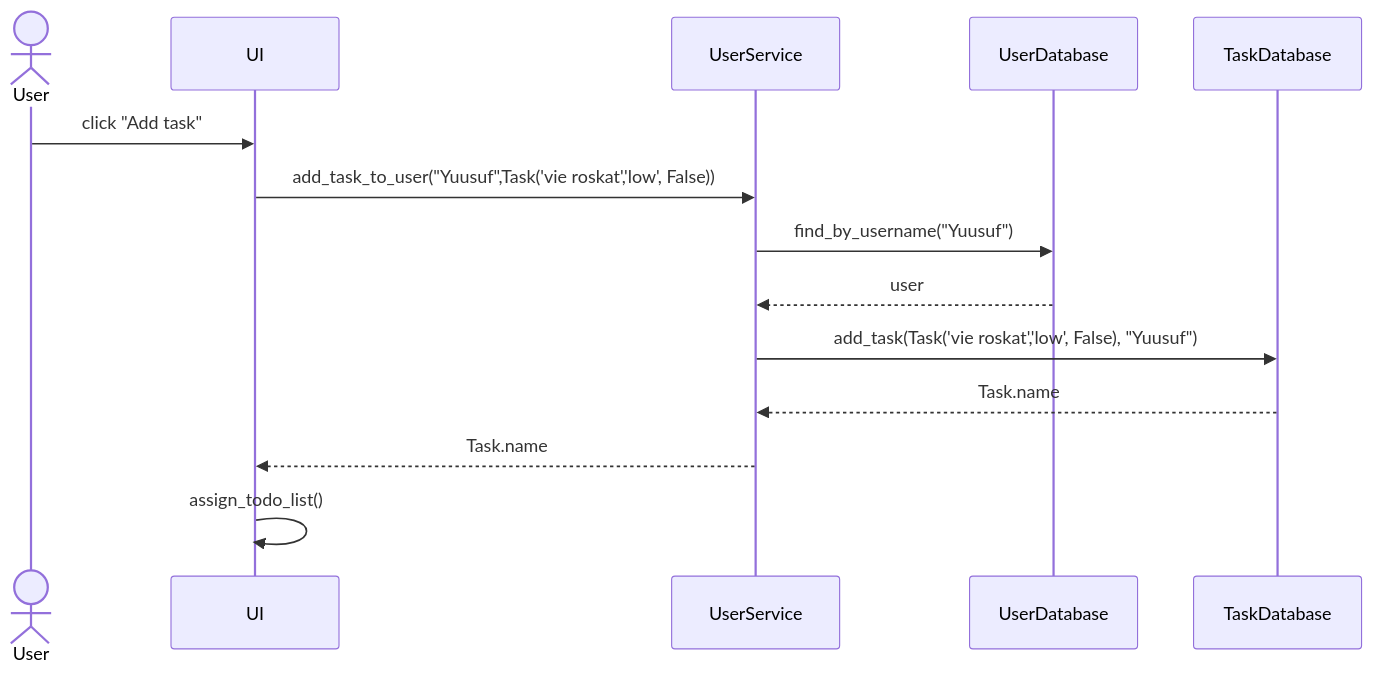
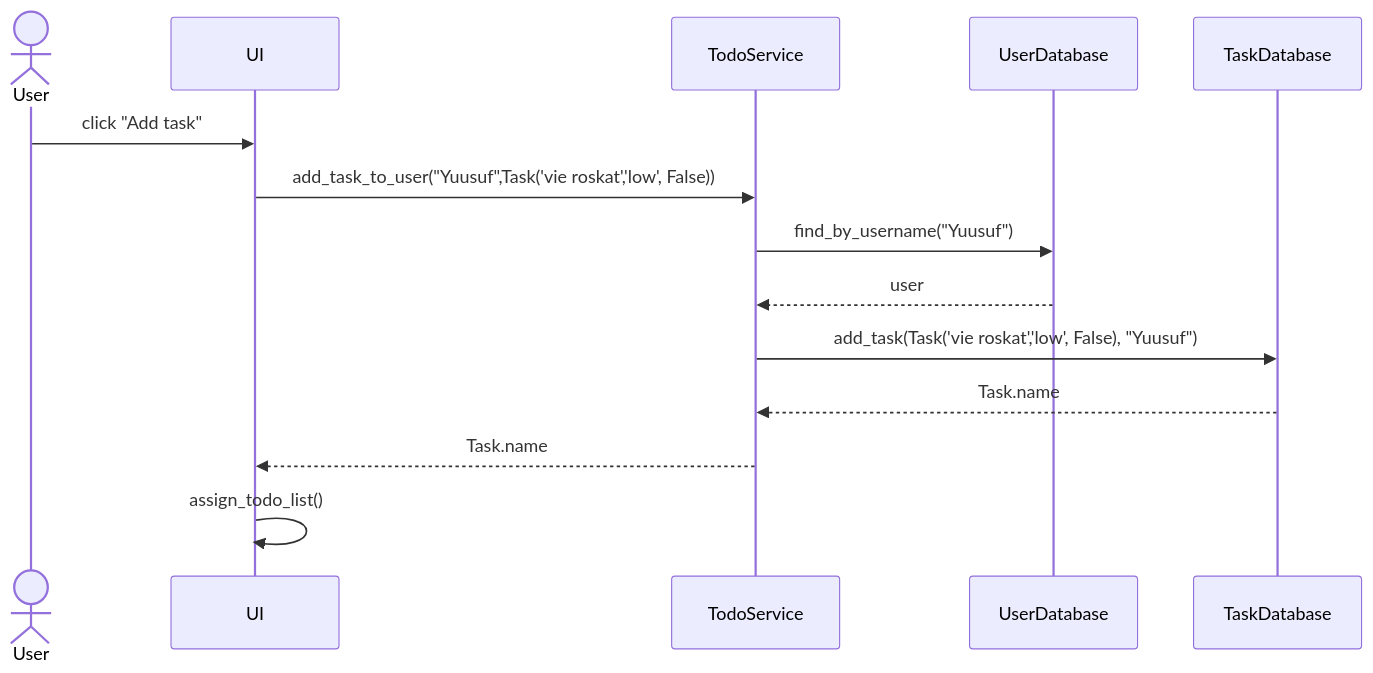
Before and after one commit to Yusuboy/TODO-APP: the fourth of 4 diagrams in dokumentaatio/arkkitehtuuri.md, drawn with Mermaid. The commit also changed other lines of this file and 23 other files, not shown here.

````diff
--- a/dokumentaatio/arkkitehtuuri.md
+++ b/dokumentaatio/arkkitehtuuri.md
@@ -91,17 +104,17 @@
 ```mermaid
 sequenceDiagram
   actor User 
   participant UI
-  participant UserService
+  participant TodoService
   participant UserDatabase
   User ->>UI: click "Add task"
-  UI->>UserService: add_task_to_user("Yuusuf",Task('vie roskat','low', False))
-  UserService->>UserDatabase: find_by_username("Yuusuf")
-  UserDatabase-->>UserService: user
+  UI->>TodoService: add_task_to_user("Yuusuf",Task('vie roskat','low', False))
+  TodoService->>UserDatabase: find_by_username("Yuusuf")
+  UserDatabase-->>TodoService: user
   
   
-  UserService->>TaskDatabase: add_task(Task('vie roskat','low', False), "Yuusuf")
-  TaskDatabase-->>UserService: Task.name
-  UserService-->>UI: Task.name 
+  TodoService->>TaskDatabase: add_task(Task('vie roskat','low', False), "Yuusuf")
+  TaskDatabase-->>TodoService: Task.name
+  TodoService-->>UI: Task.name 
   UI->>UI: assign_todo_list()
 ```
````
